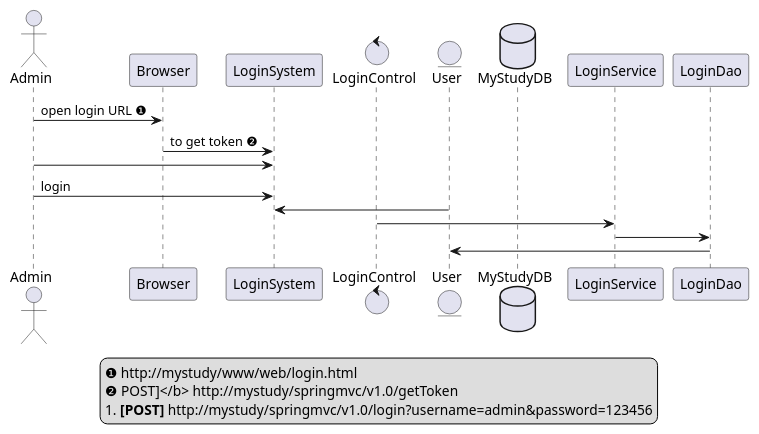
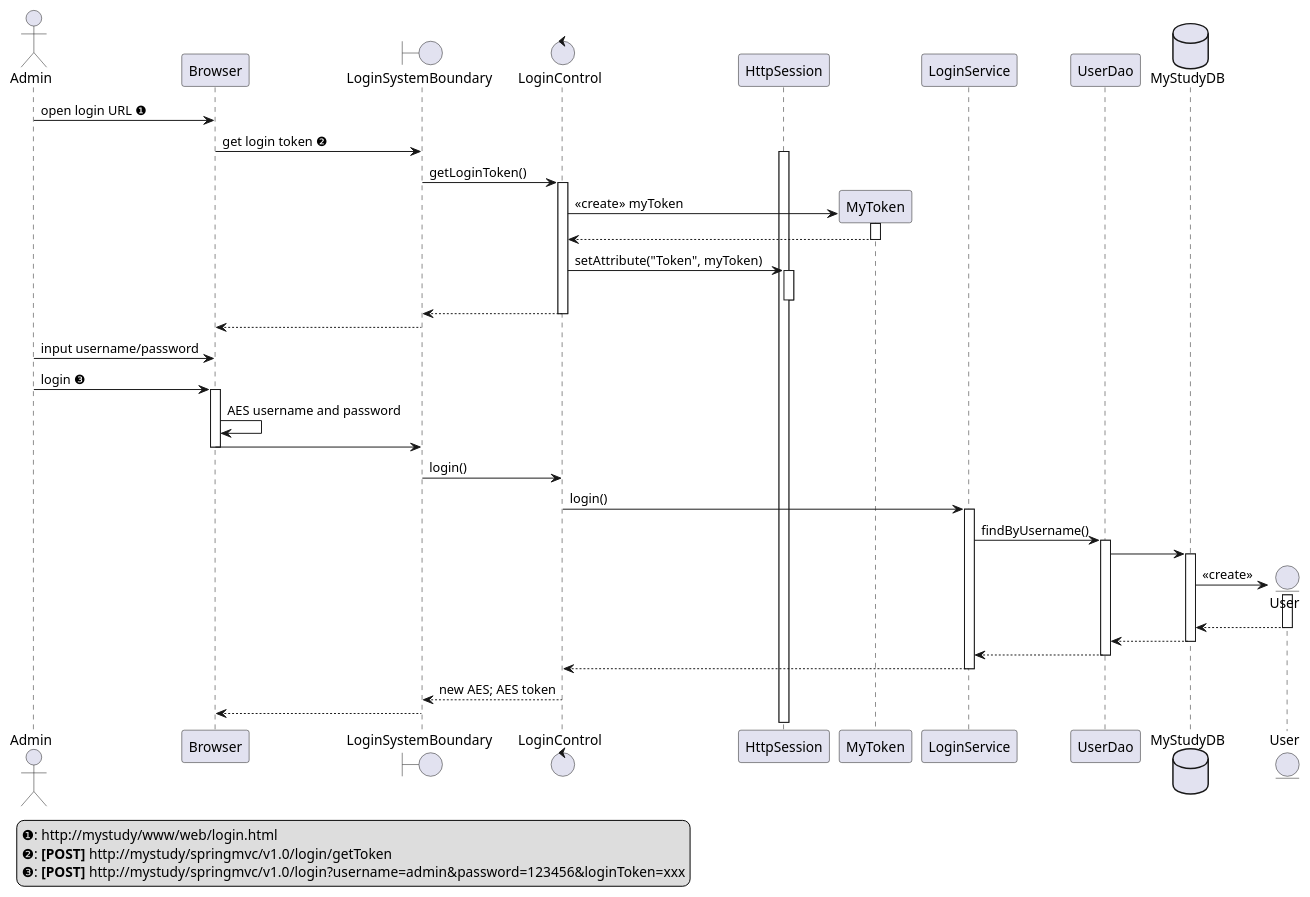
The diagram in src/main/doc/login.puml (forsrc/MyStudy), drawn with PlantUML before and after one commit.

Commit message:
[DOC] [UML] login

```diff
--- a/src/main/doc/login.puml
+++ b/src/main/doc/login.puml
@@ -1,37 +1,79 @@
 @startuml
 
 actor Admin
 
-Admin -> Browser : open login URL ❶
+    Admin -> Browser : open login URL ❶
 
-Browser -> LoginSystem : to get token ❷
-
-boundary LoginSystem
-control LoginControl
-entity User
-database MyStudyDB
+boundary LoginSystemBoundary
 
 
-Admin -> LoginSystem :
+    Browser -> LoginSystemBoundary : get login token ❷
 
-Admin -> LoginSystem : login
-
-User -> LoginSystem
-
-LoginControl -> LoginService
-
-LoginService -> LoginDao
-
-LoginDao -> User
+control LoginControl
+    activate HttpSession
 
 
-legend
-❶ http://mystudy/www/web/login.html
-❷ POST]</b> http://mystudy/springmvc/v1.0/getToken
-1. <b>[POST]</b> http://mystudy/springmvc/v1.0/login?username=admin&password=123456
+    LoginSystemBoundary -> LoginControl : getLoginToken()
+    activate LoginControl
+        create MyToken
+        LoginControl -> MyToken : <<create>> myToken
+
+        activate MyToken
+        MyToken --> LoginControl
+        deactivate MyToken
+
+
+        LoginControl -> HttpSession : setAttribute("Token", myToken)
+        activate HttpSession
+        deactivate HttpSession
+    LoginControl --> LoginSystemBoundary
+    deactivate LoginControl
+    LoginSystemBoundary --> Browser
+
+
+    Admin -> Browser : input username/password
+
+    Admin -> Browser : login ❸
+    activate Browser
+        Browser -> Browser : AES username and password
+    Browser -> LoginSystemBoundary
+    deactivate Browser
+
+    LoginSystemBoundary -> LoginControl : login()
+
+    LoginControl -> LoginService : login()
+    activate LoginService
+
+        LoginService -> UserDao : findByUsername()
+        activate UserDao
+            database MyStudyDB
+            UserDao -> MyStudyDB
+            activate MyStudyDB
+                create entity User
+                MyStudyDB -> User : <<create>>
+                activate User
+                User --> MyStudyDB
+                deactivate User
+            MyStudyDB --> UserDao
+            deactivate MyStudyDB
+        UserDao --> LoginService
+        deactivate UserDao
+
+    LoginService --> LoginControl
+    deactivate LoginService
+
+    LoginControl --> LoginSystemBoundary : new AES; AES token
+
+    LoginSystemBoundary --> Browser
+
+
+legend left
+❶: http://mystudy/www/web/login.html
+❷: <b>[POST]</b> http://mystudy/springmvc/v1.0/login/getToken
+❸: <b>[POST]</b> http://mystudy/springmvc/v1.0/login?username=admin&password=123456&loginToken=xxx
 endlegend
 
 
 
 
 @enduml
```
